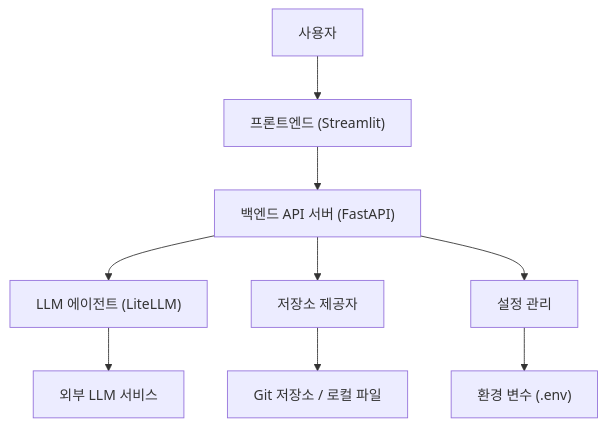
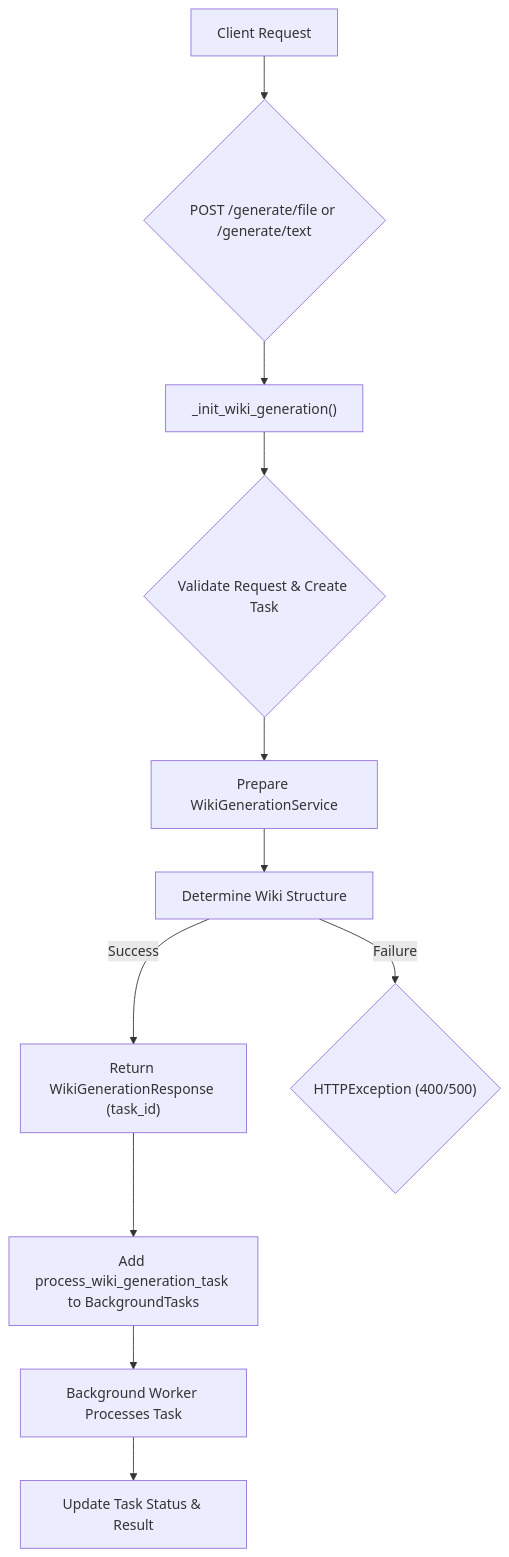
One commit to catuscio/wiki-as-readme changed diagram 12 of 19 in examples/wiki_as_README.md. Above: the diagram before and after it, drawn with Mermaid. The commit also changed other lines of this file, not shown here.

Commit message:
docs: ✨Update examples/wiki_as_README.md via Wiki-As-Readme Action

````diff
--- a/examples/wiki_as_README.md
+++ b/examples/wiki_as_README.md
@@ -1177,11 +1360,13 @@
 ```mermaid
 graph TD
-    User["사용자"] --> Frontend["프론트엔드 (Streamlit)"];
-    Frontend --> API_Server["백엔드 API 서버 (FastAPI)"];
-    API_Server --> LLM_Agent["LLM 에이전트 (LiteLLM)"];
-    API_Server --> Repo_Provider["저장소 제공자"];
-    LLM_Agent --> External_LLM["외부 LLM 서비스"];
-    Repo_Provider --> Git_Repo["Git 저장소 / 로컬 파일"];
-    API_Server --> Config["설정 관리"];
-    Config --> Env_Vars["환경 변수 (.env)"];
+    A["Client Request"] --> B{"POST /generate/file or /generate/text"};
+    B --> C["_init_wiki_generation()"];
+    C --> D{"Validate Request & Create Task"};
+    D --> E["Prepare WikiGenerationService"];
+    E --> F["Determine Wiki Structure"];
+    F -- "Success" --> G["Return WikiGenerationResponse (task_id)"];
+    F -- "Failure" --> H{"HTTPException (400/500)"};
+    G --> I["Add process_wiki_generation_task to BackgroundTasks"];
+    I --> J["Background Worker Processes Task"];
+    J --> K["Update Task Status & Result"];
 ```
````
